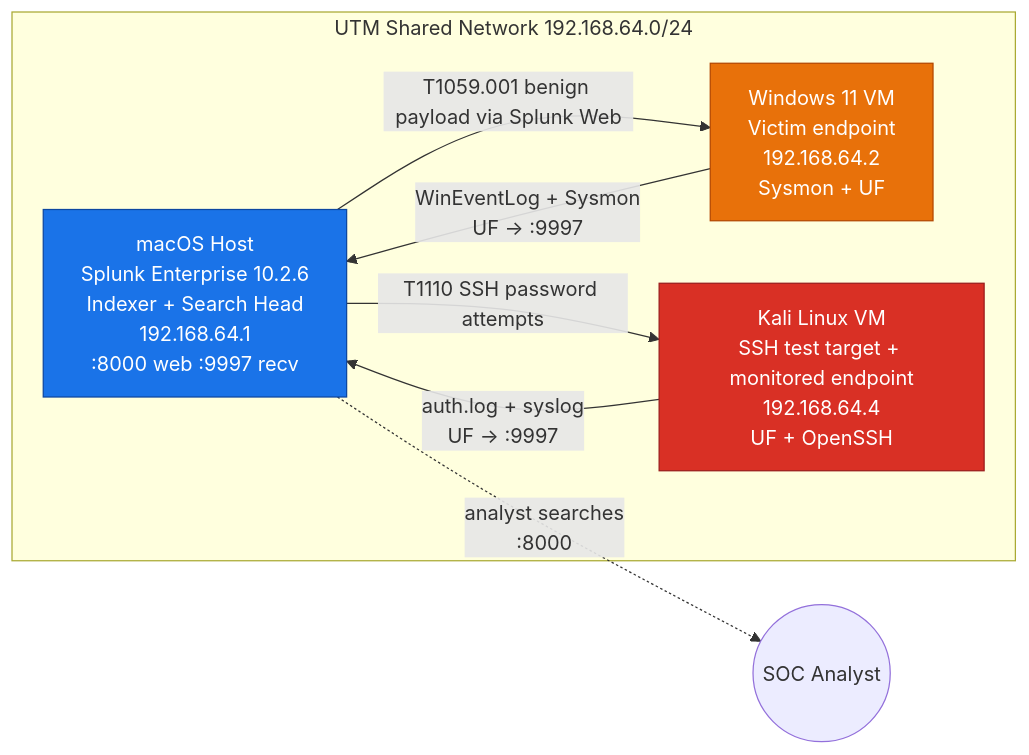
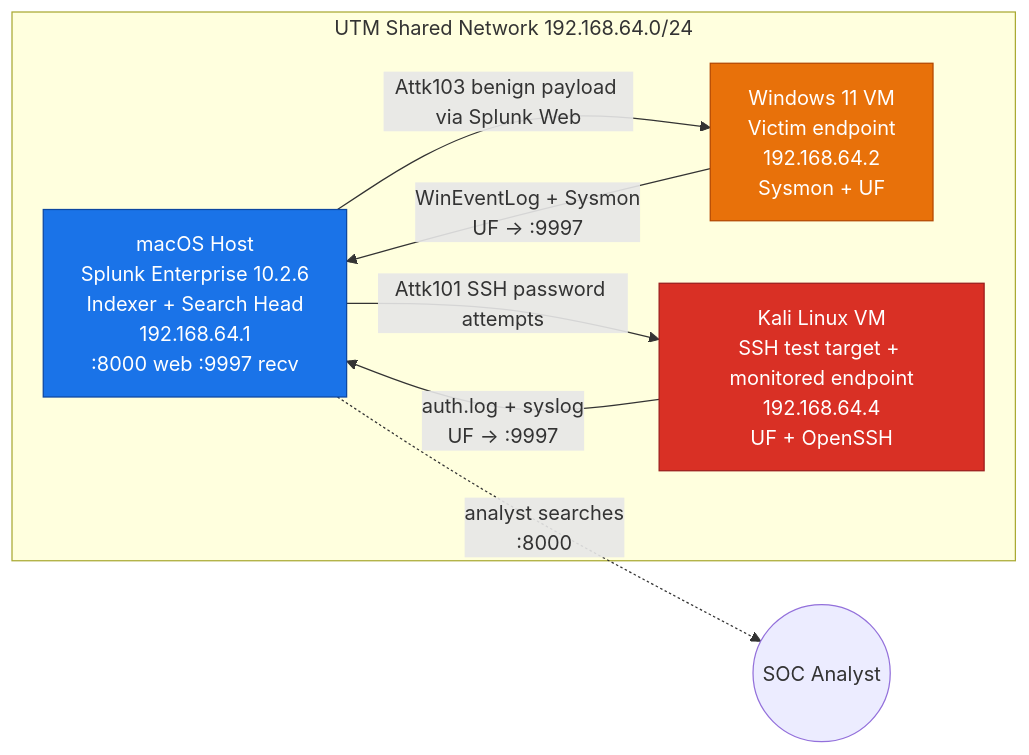
The diagram in 06-deliverables/architecture.md (YeandAmen/SOC-Capstone), drawn with Mermaid before and after one commit. The commit also changed other lines of this file and 27 other files, not shown here.

````diff
--- a/06-deliverables/architecture.md
+++ b/06-deliverables/architecture.md
@@ -7,21 +7,21 @@
 ```mermaid
 flowchart LR
     subgraph UTM["UTM Shared Network 192.168.64.0/24"]
         MAC["macOS Host\nSplunk Enterprise 10.2.6\nIndexer + Search Head\n192.168.64.1\n:8000 web  :9997 recv"]
         WIN["Windows 11 VM\nVictim endpoint\n192.168.64.2\nSysmon + UF"]
         KALI["Kali Linux VM\nSSH test target + monitored endpoint\n192.168.64.4\nUF + OpenSSH"]
     end
 
     WIN -- "WinEventLog + Sysmon\nUF -> :9997" --> MAC
     KALI -- "auth.log + syslog\nUF -> :9997" --> MAC
-    MAC -- "T1110 SSH password attempts" --> KALI
-    MAC -- "T1059.001 benign payload via Splunk Web" --> WIN
+    MAC -- "Attk101 SSH password attempts" --> KALI
+    MAC -- "Attk103 benign payload via Splunk Web" --> WIN
     MAC -. "analyst searches\n:8000" .-> USER((SOC Analyst))
 
     classDef siem fill:#1a73e8,color:#fff,stroke:#0d47a1
     classDef victim fill:#e8710a,color:#fff,stroke:#b34700
     classDef attacker fill:#d93025,color:#fff,stroke:#9a1c1c
     class MAC siem
     class WIN victim
     class KALI attacker
 ```
````
